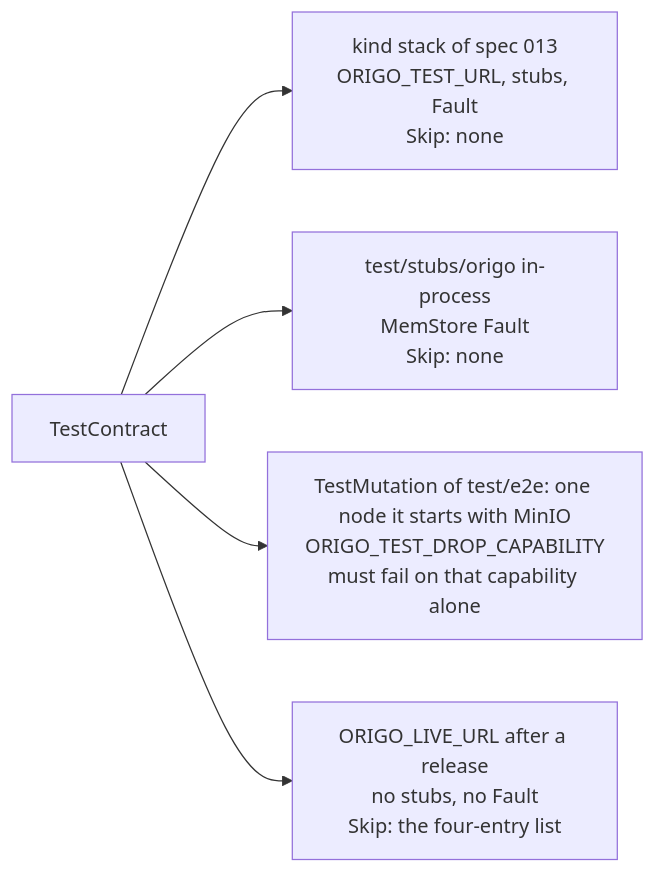
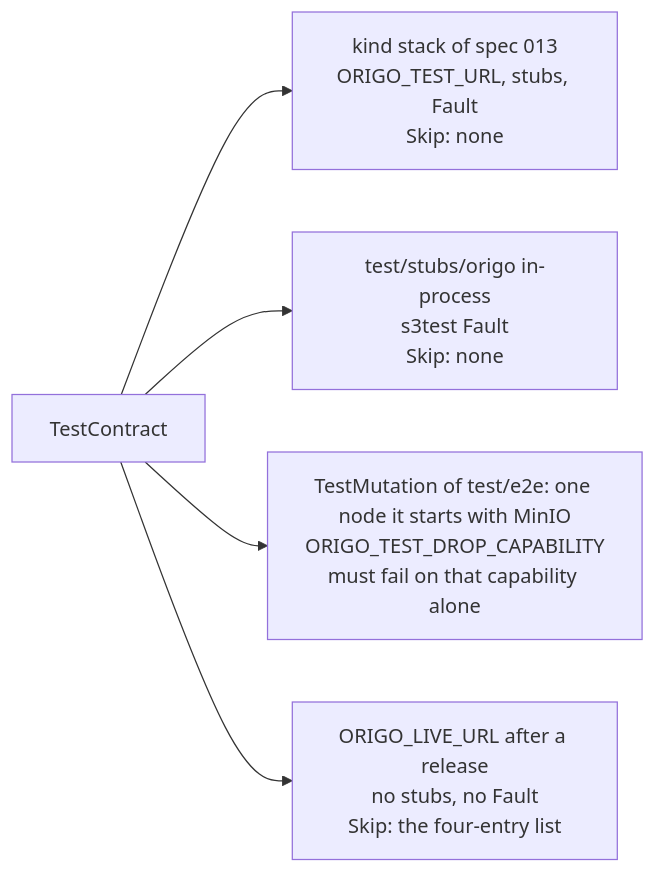
Before and after one commit to latere-ai/origo: the diagram in specs/021-conformance-suite.md, drawn with Mermaid. The commit also changed other lines of this file, not shown here.

Commit message:
specs(021): the stub Fault runs on s3test, cluster is imported under the e2e tag only, Run deletes only what it created

````diff
--- a/specs/021-conformance-suite.md
+++ b/specs/021-conformance-suite.md
@@ -202,7 +211,7 @@
 ```mermaid
 flowchart LR
   C[TestContract] --> K[kind stack of spec 013<br/>ORIGO_TEST_URL, stubs, Fault<br/>Skip: none]
-  C --> S[test/stubs/origo in-process<br/>MemStore Fault<br/>Skip: none]
+  C --> S[test/stubs/origo in-process<br/>s3test Fault<br/>Skip: none]
   C --> M[TestMutation of test/e2e: one node it starts with MinIO<br/>ORIGO_TEST_DROP_CAPABILITY<br/>must fail on that capability alone]
   C --> L[ORIGO_LIVE_URL after a release<br/>no stubs, no Fault<br/>Skip: the four-entry list]
 ```
````
